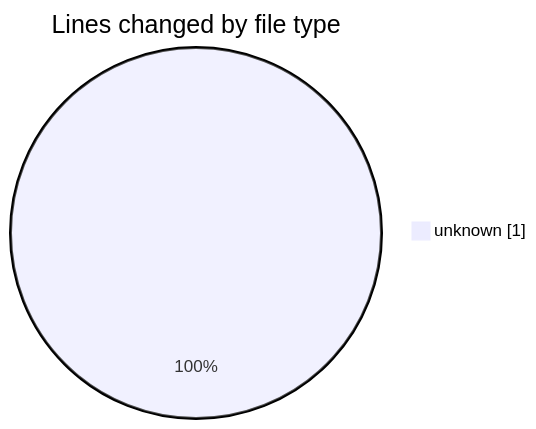
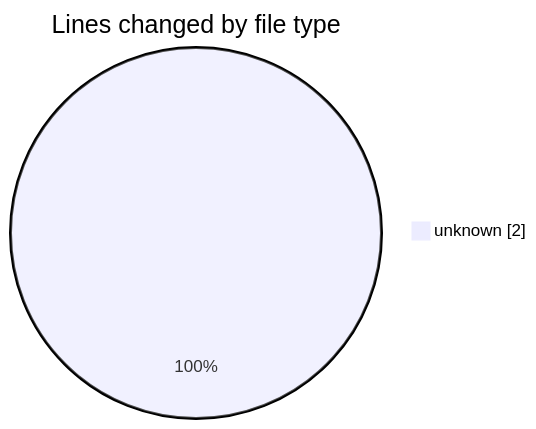
Before and after one commit to NitaiMahat/code-tracking: the first of 2 diagrams in 2025-07-24/pif/README.md, drawn with Mermaid. The commit also changed other lines of this file and 1 other file, not shown here.

````diff
--- a/2025-07-24/pif/README.md
+++ b/2025-07-24/pif/README.md
@@ -20,5 +21,5 @@
 ```mermaid
 pie showData
 title Lines changed by file type
-"unknown" : 1
+"unknown" : 2
 ```
````
